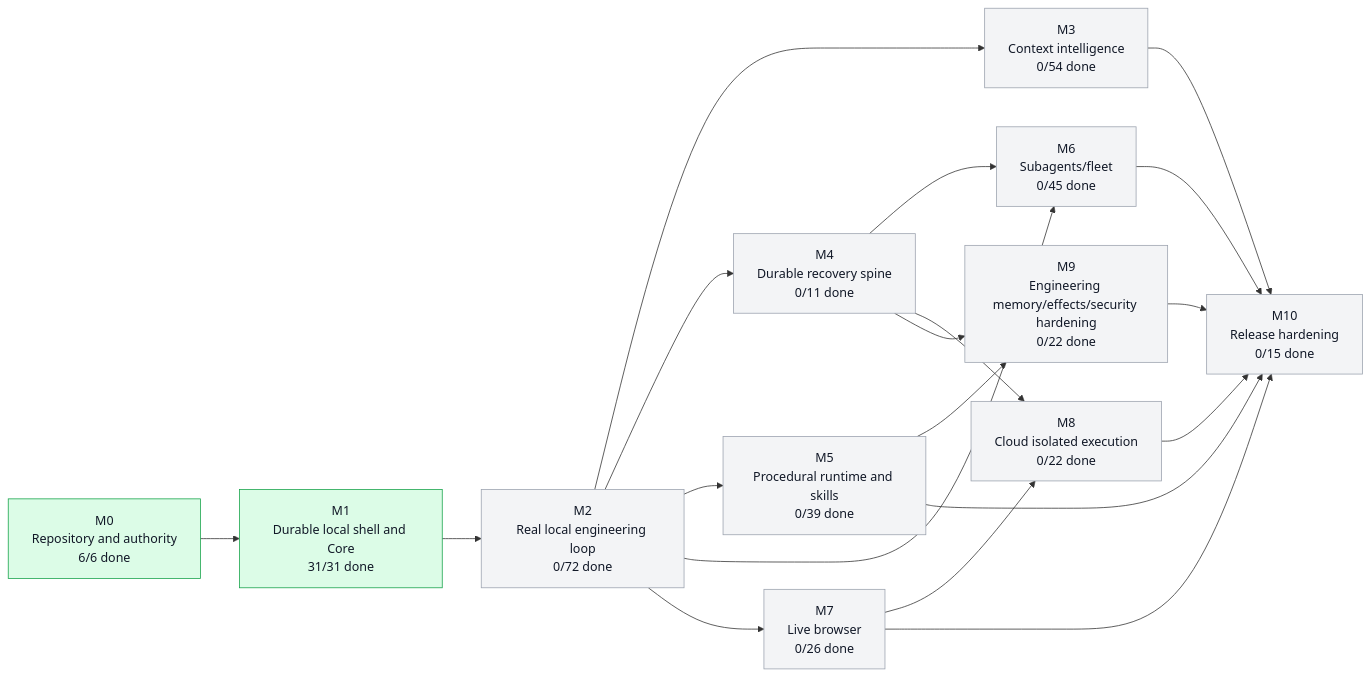
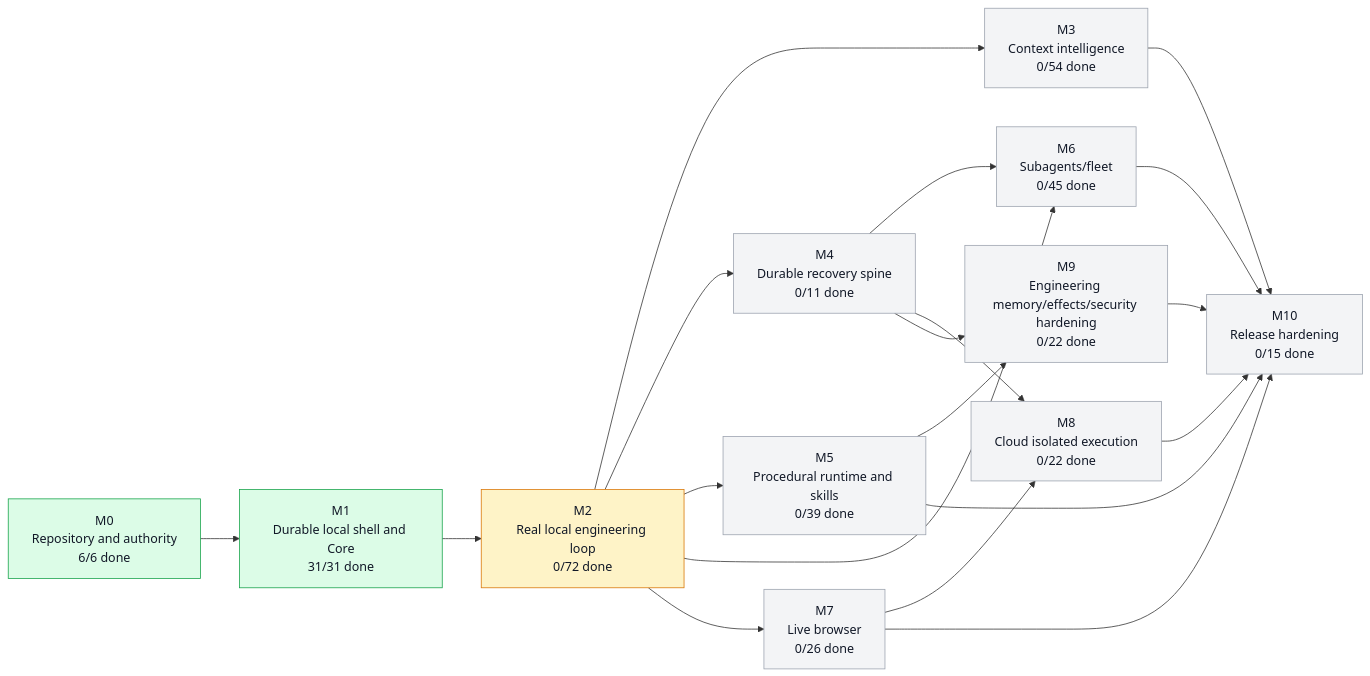
Before and after one commit to moss101/zmodbit: the first of 3 diagrams in graph/PROJECT_GRAPH.md, drawn with Mermaid. The commit also changed other lines of this file and 7 other files, not shown here.

````diff
--- a/graph/PROJECT_GRAPH.md
+++ b/graph/PROJECT_GRAPH.md
@@ -43,43 +43,43 @@
 ```mermaid
 flowchart LR
   M0["M0<br/>Repository and authority<br/>6/6 done"]
   M1["M1<br/>Durable local shell and Core<br/>31/31 done"]
   M2["M2<br/>Real local engineering loop<br/>0/72 done"]
   M3["M3<br/>Context intelligence<br/>0/54 done"]
   M4["M4<br/>Durable recovery spine<br/>0/11 done"]
   M5["M5<br/>Procedural runtime and skills<br/>0/39 done"]
   M6["M6<br/>Subagents/fleet<br/>0/45 done"]
   M7["M7<br/>Live browser<br/>0/26 done"]
   M8["M8<br/>Cloud isolated execution<br/>0/22 done"]
   M9["M9<br/>Engineering memory/effects/security hardening<br/>0/22 done"]
   M10["M10<br/>Release hardening<br/>0/15 done"]
   M0 --> M1
   M1 --> M2
   M2 --> M3
   M2 --> M4
   M2 --> M5
   M2 --> M6
   M4 --> M6
   M2 --> M7
   M4 --> M8
   M7 --> M8
   M4 --> M9
   M5 --> M9
   M3 --> M10
   M5 --> M10
   M6 --> M10
   M7 --> M10
   M8 --> M10
   M9 --> M10
   style M0 fill:#dcfce7,stroke:#16a34a,color:#111827
   style M1 fill:#dcfce7,stroke:#16a34a,color:#111827
-  style M2 fill:#f3f4f6,stroke:#9ca3af,color:#111827
+  style M2 fill:#fef3c7,stroke:#d97706,color:#111827
   style M3 fill:#f3f4f6,stroke:#9ca3af,color:#111827
   style M4 fill:#f3f4f6,stroke:#9ca3af,color:#111827
   style M5 fill:#f3f4f6,stroke:#9ca3af,color:#111827
   style M6 fill:#f3f4f6,stroke:#9ca3af,color:#111827
   style M7 fill:#f3f4f6,stroke:#9ca3af,color:#111827
   style M8 fill:#f3f4f6,stroke:#9ca3af,color:#111827
   style M9 fill:#f3f4f6,stroke:#9ca3af,color:#111827
   style M10 fill:#f3f4f6,stroke:#9ca3af,color:#111827
 ```
````
